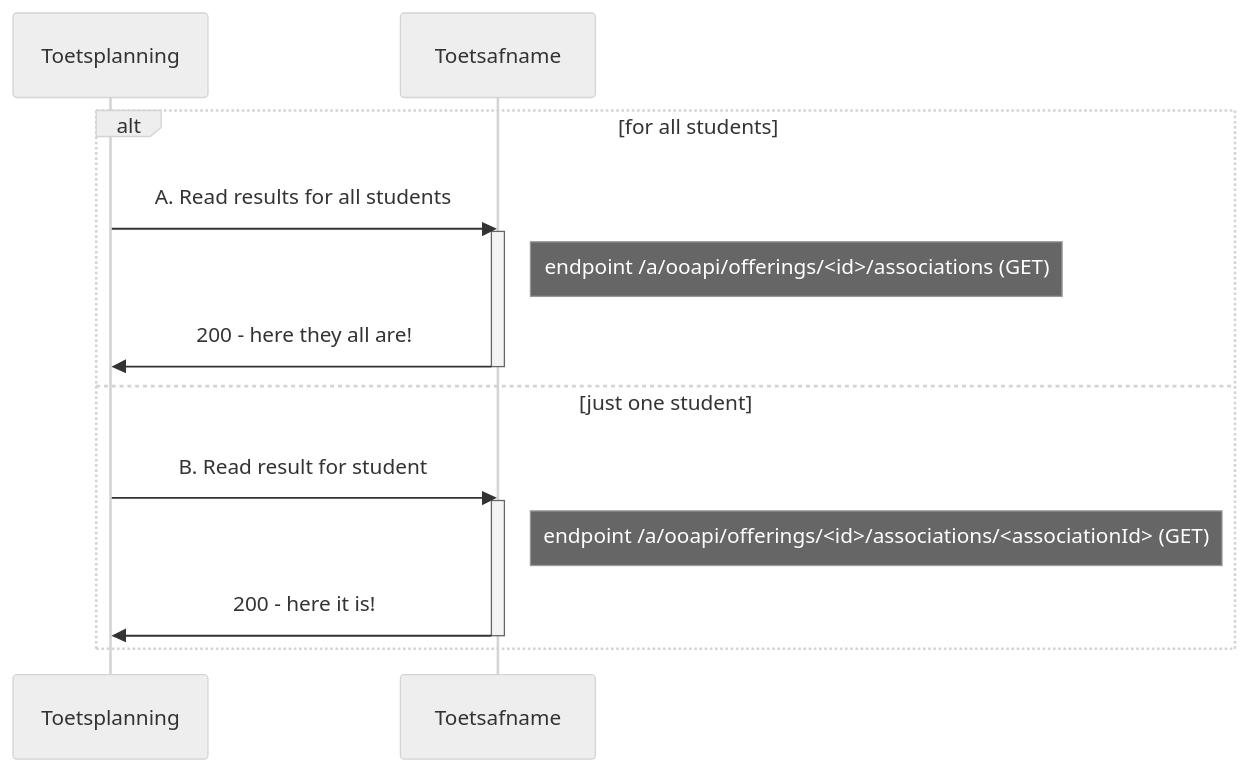
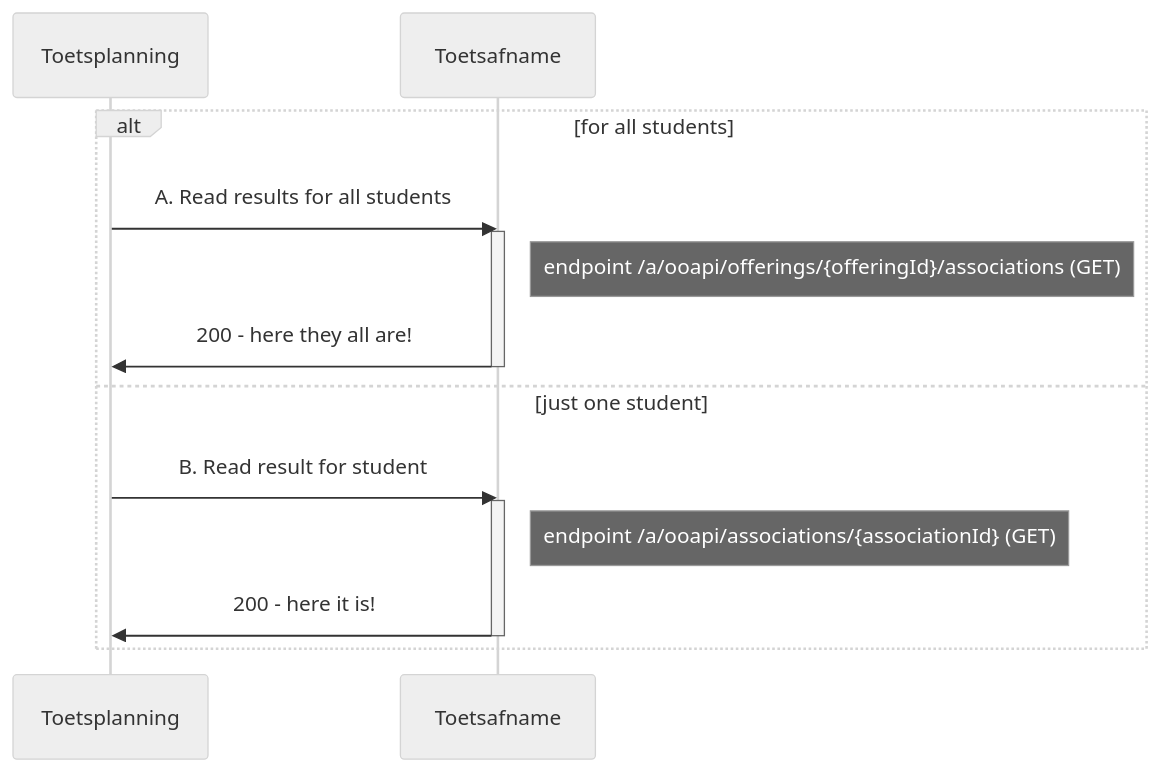
The fourth of 4 diagrams in doc/flow3.md (NetwerkExamineringDigitalisering/NED-OOAPI), drawn with Mermaid (neutral theme) before and after one commit. The commit also changed other lines of this file, not shown here.

First line of the commit message:
Update flow3.md

````diff
--- a/doc/flow3.md
+++ b/doc/flow3.md
@@ -158,16 +158,16 @@
 ```mermaid
 sequenceDiagram
     alt for all students
         Toetsplanning->>Toetsafname: A. Read results for all students
         activate Toetsafname
-        Note right of Toetsafname: endpoint /a/ooapi/offerings/<id>/associations (GET)
+        Note right of Toetsafname: endpoint /a/ooapi/offerings/{offeringId}/associations (GET)
         Toetsafname->>Toetsplanning: 200 - here they all are!
         deactivate Toetsafname
     else just one student
         Toetsplanning->>Toetsafname: B. Read result for student
         activate Toetsafname
-        Note right of Toetsafname: endpoint /a/ooapi/offerings/<id>/associations/<associationId> (GET)
+        Note right of Toetsafname: endpoint /a/ooapi/associations/{associationId} (GET)
         Toetsafname->>Toetsplanning: 200 - here it is!
         deactivate Toetsafname
     end
 ```
````
